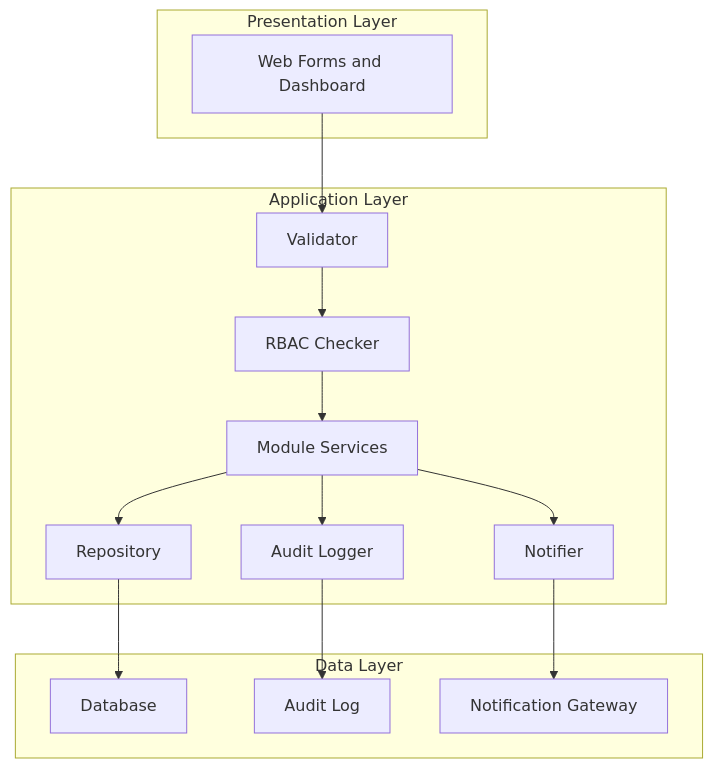
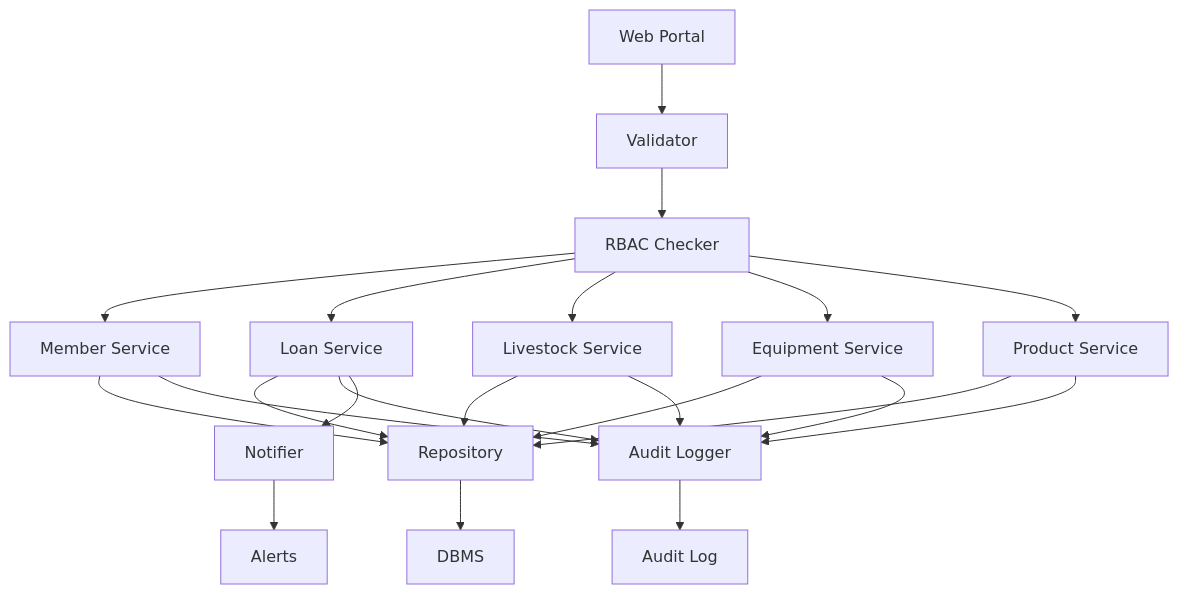
One commit to Bonuel12142005/KAMBACDIAGRAM changed the third of 16 diagrams in README.md. Above: the diagram before and after it, drawn with Mermaid. The commit also changed other lines of this file, not shown here.

Commit message:
Overwrite README.md with the full 16-diagram KIMS proposal summary

````diff
--- a/README.md
+++ b/README.md
@@ -207,31 +185,24 @@
 ```mermaid
 flowchart TB
-    subgraph UI["Presentation Layer"]
-        FE["Web Forms and Dashboard"]
-    end
-
-    subgraph APP["Application Layer"]
-        V["Validator"]
-        RB["RBAC Checker"]
-        S["Module Services"]
-        R["Repository"]
-        AL["Audit Logger"]
-        N["Notifier"]
-    end
-
-    subgraph DATA["Data Layer"]
-        DB["Database"]
-        LOG["Audit Log"]
-        MSG["Notification Gateway"]
-    end
-
-    FE --> V
-    V --> RB
-    RB --> S
-    S --> R
-    S --> AL
-    S --> N
-    R --> DB
-    AL --> LOG
-    N --> MSG
+    UI["Web Portal"] --> V["Validator"]
+    V --> RBAC["RBAC Checker"]
+    RBAC --> S1["Member Service"]
+    RBAC --> S2["Loan Service"]
+    RBAC --> S3["Livestock Service"]
+    RBAC --> S4["Equipment Service"]
+    RBAC --> S5["Product Service"]
+    S1 --> REPO["Repository"]
+    S2 --> REPO
+    S3 --> REPO
+    S4 --> REPO
+    S5 --> REPO
+    REPO --> DB["DBMS"]
+    S1 --> AUD["Audit Logger"]
+    S2 --> AUD
+    S3 --> AUD
+    S4 --> AUD
+    S5 --> AUD
+    S2 --> NOTIF["Notifier"]
+    AUD --> ALOG["Audit Log"]
+    NOTIF --> MSG["Alerts"]
 ```
````
